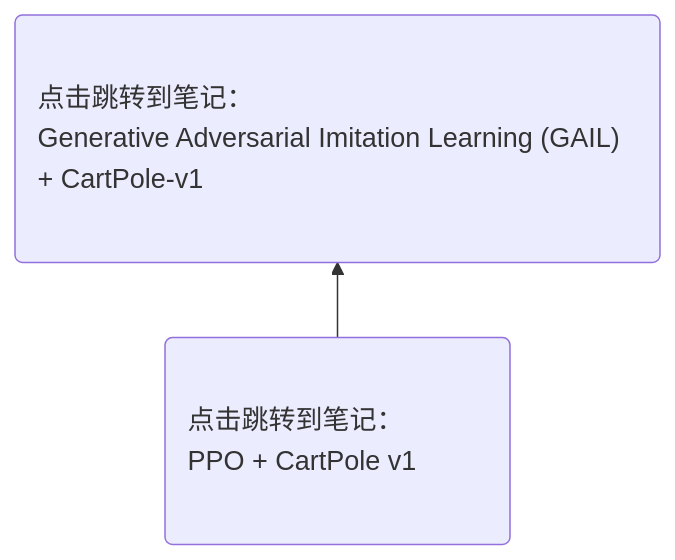
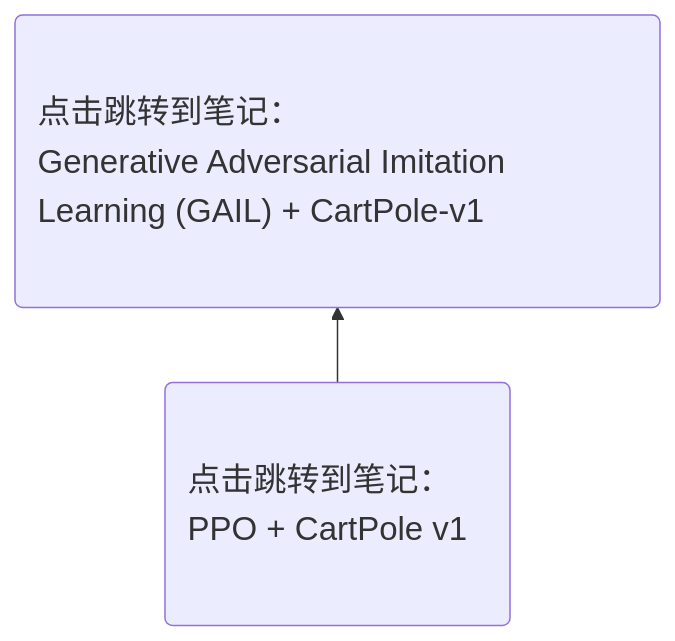
One commit to Gaoshu-root/Code-related-courses changed the diagram in 笔记封存/test.md. Above: the diagram before and after it, drawn with Mermaid.

````diff
--- a/笔记封存/test.md
+++ b/笔记封存/test.md
@@ -2,12 +2,12 @@
 ```mermaid
-%%{init: {'themeVariables': {'fontSize': '18px'}}}%%
+%%{init: {'themeVariables': {'fontSize': '22px'}}}%%
 graph BT
     classDef wide2 padding:400px;
     classDef wide1 padding:200px;
     P1("<div style='text-align:left'>点击跳转到笔记：<br>PPO + CartPole v1</div>") --> P2("<div style='text-align:left'>点击跳转到笔记：<br>Generative Adversarial Imitation Learning (GAIL) + CartPole-v1</div>")
     class P1 wide1
     class P2 wide2
     click P1 "https://github.com/Gaoshu-root/Code-related-courses/blob/main/RL2024/PPO_%2B_CartPole_v1_.ipynb" _blank
     click P2 "https://github.com/Gaoshu-root/Code-related-courses/blob/main/RL2024/Generative%20Adversarial%20Imitation%20Learning(GAIL)/Generative%20Adversarial%20Imitation%20Learning%20(GAIL)%20%2B%20CartPole-v1%20.ipynb" _blank
 
 ```
````
